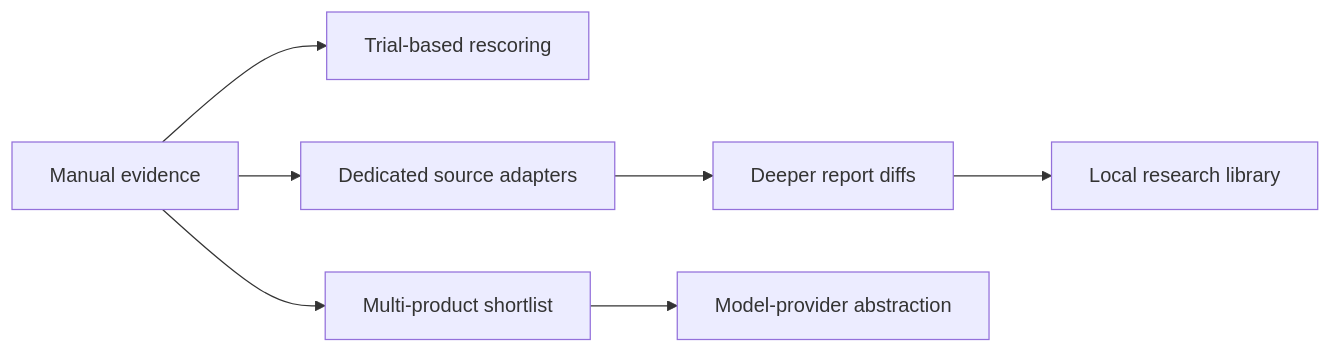
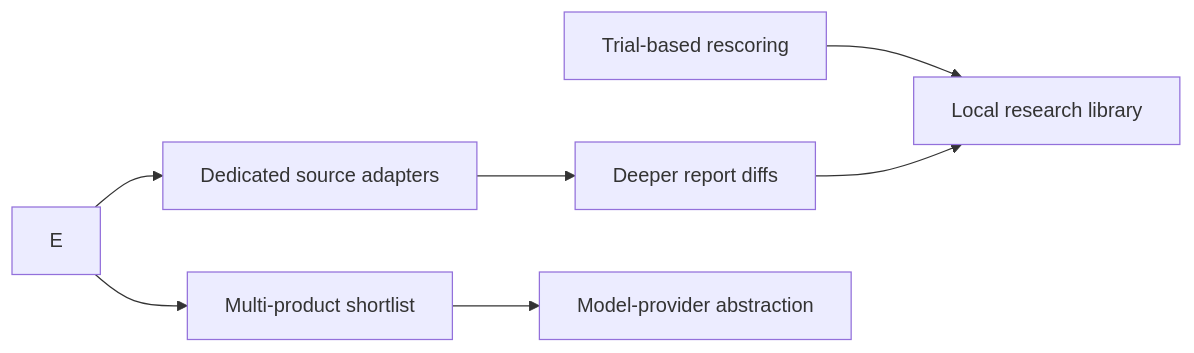
Before and after one commit to wp043/fitlens: the fifth of 5 diagrams in README.md, drawn with Mermaid. The commit also changed other lines of this file and 9 other files, not shown here.

````diff
--- a/README.md
+++ b/README.md
@@ -292,9 +295,9 @@
 ```mermaid
 flowchart LR
-    E[Manual evidence] --> T[Trial-based rescoring]
+    T[Trial-based rescoring] --> L[Local research library]
     E --> A[Dedicated source adapters]
     A --> D[Deeper report diffs]
     D --> L[Local research library]
     E --> N[Multi-product shortlist]
     N --> P[Model-provider abstraction]
 ```
````
